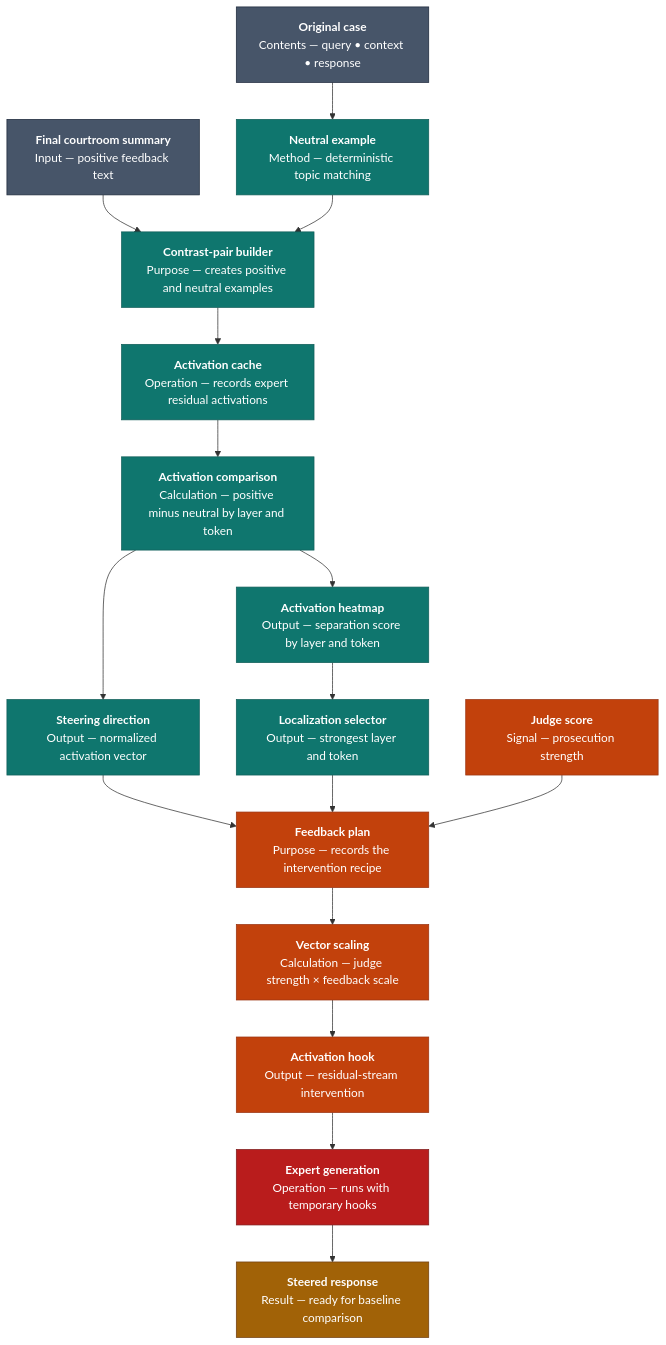
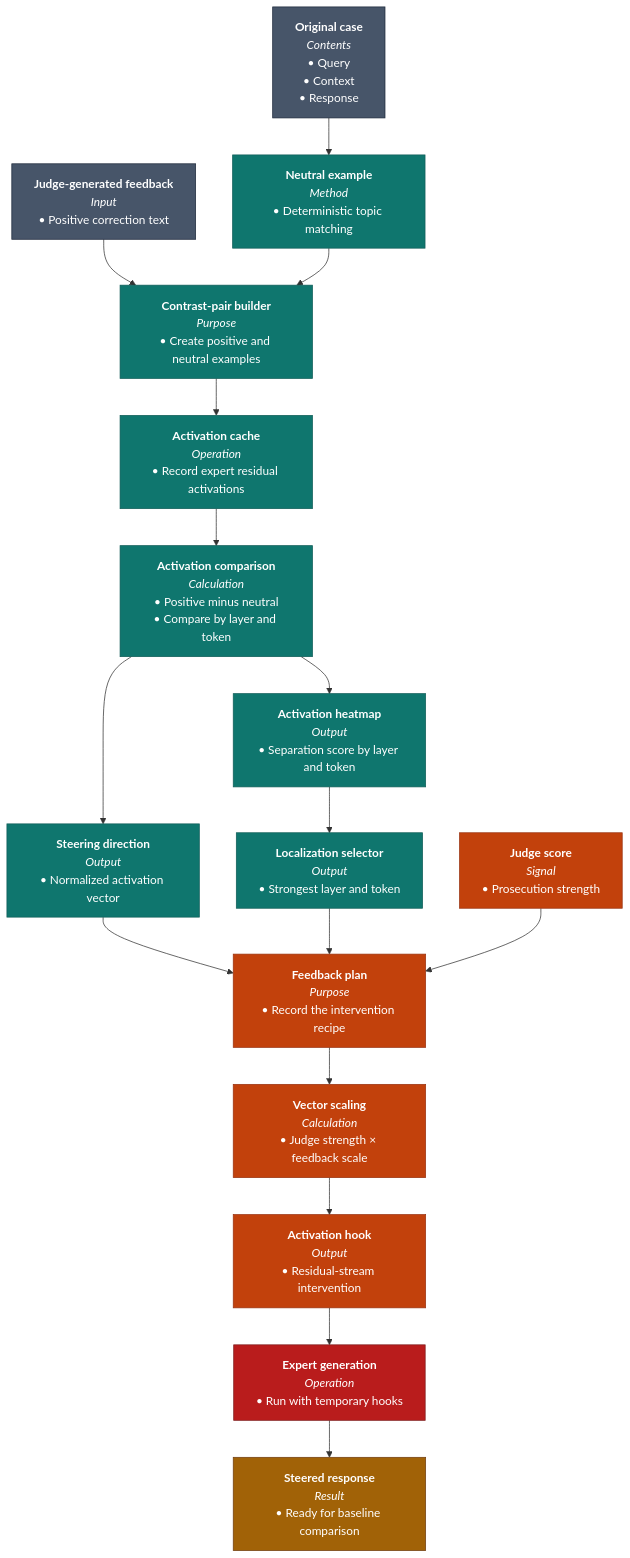
The third of 3 diagrams in README.md (ForestDweller014/Specter), drawn with Mermaid before and after one commit. The commit also changed other lines of this file and 1 other file, not shown here.

First line of the commit message:
docs: Clarify correction architecture

````diff
--- a/README.md
+++ b/README.md
@@ -303,30 +314,30 @@
 ```mermaid
 flowchart TB
-    Summary["<b>Final courtroom summary</b><br/>Input — positive feedback text"] --> Pairs["<b>Contrast-pair builder</b><br/>Purpose — creates positive and neutral examples"]
-    Case["<b>Original case</b><br/>Contents — query • context • response"] --> Neutral["<b>Neutral example</b><br/>Method — deterministic topic matching"]
+    Feedback["<b>Judge-generated feedback</b><br/><i>Input</i><br/>• Positive correction text"] --> Pairs["<b>Contrast-pair builder</b><br/><i>Purpose</i><br/>• Create positive and neutral examples"]
+    Case["<b>Original case</b><br/><i>Contents</i><br/>• Query<br/>• Context<br/>• Response"] --> Neutral["<b>Neutral example</b><br/><i>Method</i><br/>• Deterministic topic matching"]
     Neutral --> Pairs
-    Pairs --> Cache["<b>Activation cache</b><br/>Operation — records expert residual activations"]
-    Cache --> Difference["<b>Activation comparison</b><br/>Calculation — positive minus neutral by layer and token"]
-    Difference --> Heatmap["<b>Activation heatmap</b><br/>Output — separation score by layer and token"]
-    Difference --> Direction["<b>Steering direction</b><br/>Output — normalized activation vector"]
-    Heatmap --> Select["<b>Localization selector</b><br/>Output — strongest layer and token"]
-    Direction --> Plan["<b>Feedback plan</b><br/>Purpose — records the intervention recipe"]
+    Pairs --> Cache["<b>Activation cache</b><br/><i>Operation</i><br/>• Record expert residual activations"]
+    Cache --> Difference["<b>Activation comparison</b><br/><i>Calculation</i><br/>• Positive minus neutral<br/>• Compare by layer and token"]
+    Difference --> Heatmap["<b>Activation heatmap</b><br/><i>Output</i><br/>• Separation score by layer and token"]
+    Difference --> Direction["<b>Steering direction</b><br/><i>Output</i><br/>• Normalized activation vector"]
+    Heatmap --> Select["<b>Localization selector</b><br/><i>Output</i><br/>• Strongest layer and token"]
+    Direction --> Plan["<b>Feedback plan</b><br/><i>Purpose</i><br/>• Record the intervention recipe"]
     Select --> Plan
-    Strength["<b>Judge score</b><br/>Signal — prosecution strength"] --> Plan
-    Plan --> Scale["<b>Vector scaling</b><br/>Calculation — judge strength × feedback scale"]
-    Scale --> Hook["<b>Activation hook</b><br/>Output — residual-stream intervention"]
-    Hook --> Model["<b>Expert generation</b><br/>Operation — runs with temporary hooks"]
-    Model --> Output["<b>Steered response</b><br/>Result — ready for baseline comparison"]
+    Strength["<b>Judge score</b><br/><i>Signal</i><br/>• Prosecution strength"] --> Plan
+    Plan --> Scale["<b>Vector scaling</b><br/><i>Calculation</i><br/>• Judge strength × feedback scale"]
+    Scale --> Hook["<b>Activation hook</b><br/><i>Output</i><br/>• Residual-stream intervention"]
+    Hook --> Model["<b>Expert generation</b><br/><i>Operation</i><br/>• Run with temporary hooks"]
+    Model --> Output["<b>Steered response</b><br/><i>Result</i><br/>• Ready for baseline comparison"]
 
-    class Summary,Case external
+    class Feedback,Case external
     class Pairs,Neutral,Cache,Difference,Heatmap,Direction,Select teal
     class Plan,Strength,Scale,Hook application
     class Model inference
     class Output memory
 
     classDef external fill:#475569,stroke:#1E293B,color:#FFFFFF
     classDef teal fill:#0F766E,stroke:#115E59,color:#FFFFFF
     classDef application fill:#C2410C,stroke:#9A3412,color:#FFFFFF
     classDef inference fill:#B91C1C,stroke:#7F1D1D,color:#FFFFFF
     classDef memory fill:#A16207,stroke:#713F12,color:#FFFFFF
 ```
````
